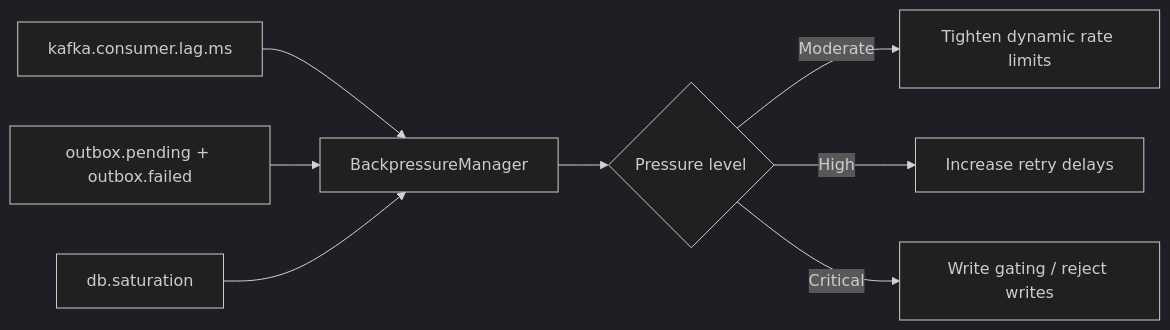
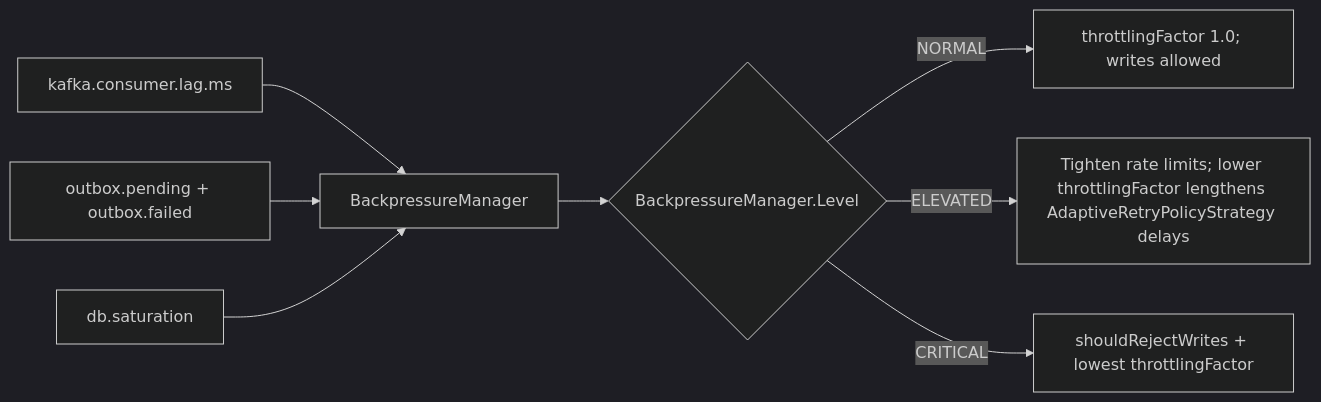
The fourth of 5 diagrams in docs/design-and-architecture.md (AbhinavT09/OrderProcessingSystem), drawn with Mermaid (dark theme) before and after one commit. The commit also changed other lines of this file and 23 other files, not shown here.

First line of the commit message:
Add architecture tests and enhance JPA repository coverage

````diff
--- a/docs/design-and-architecture.md
+++ b/docs/design-and-architecture.md
@@ -268,10 +269,10 @@
 ```mermaid
 flowchart LR
     B1[kafka.consumer.lag.ms] --> BM[BackpressureManager]
     B2[outbox.pending + outbox.failed] --> BM
     B3[db.saturation] --> BM
-    BM --> B4{Pressure level}
-    B4 -->|Moderate| B5[Tighten dynamic rate limits]
-    B4 -->|High| B6[Increase retry delays]
-    B4 -->|Critical| B7[Write gating / reject writes]
+    BM --> B4{BackpressureManager.Level}
+    B4 -->|NORMAL| B0[throttlingFactor 1.0; writes allowed]
+    B4 -->|ELEVATED| B5[Tighten rate limits; lower throttlingFactor lengthens AdaptiveRetryPolicyStrategy delays]
+    B4 -->|CRITICAL| B7[shouldRejectWrites + lowest throttlingFactor]
 ```
````
